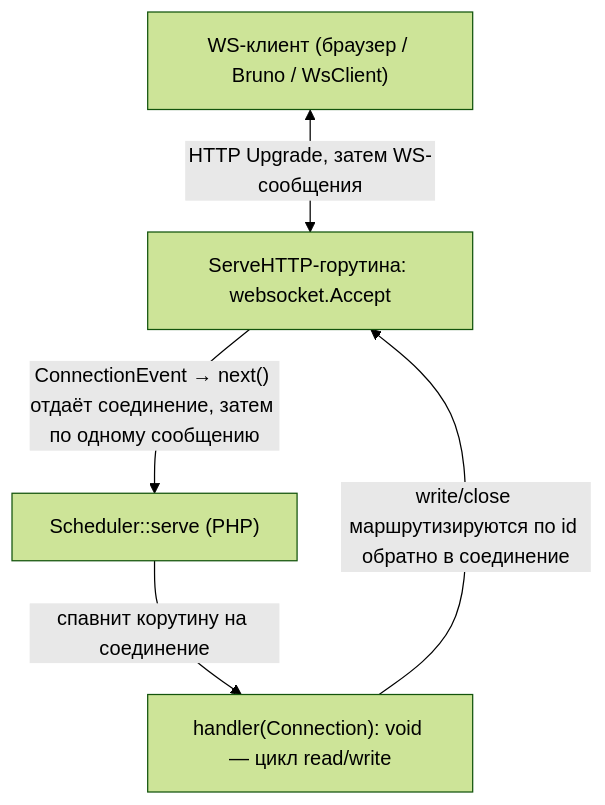
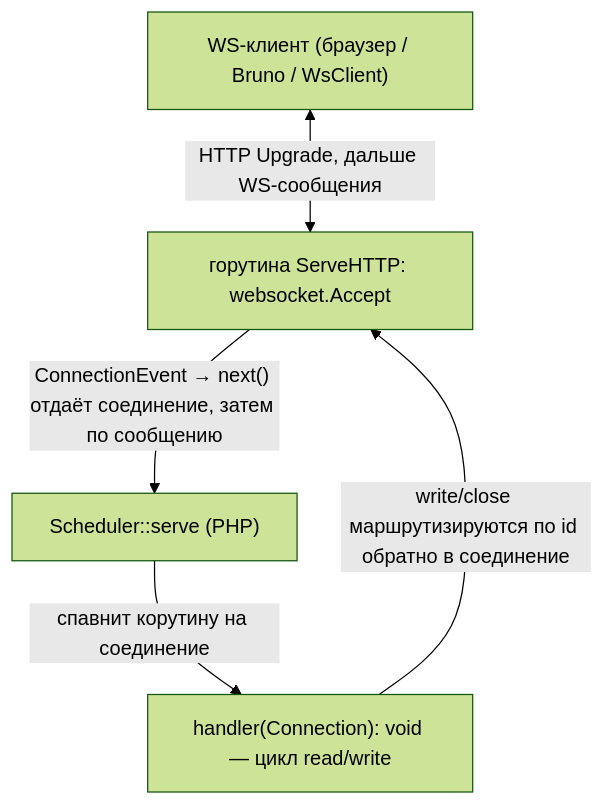
Before and after one commit to sprust/sconcur: the diagram in docs/websocket-server.ru.md, drawn with Mermaid (forest theme). The commit also changed other lines of this file and 42 other files, not shown here.

````diff
--- a/docs/websocket-server.ru.md
+++ b/docs/websocket-server.ru.md
@@ -38,12 +22,12 @@
 ```mermaid
 flowchart TB
     client["WS-клиент (браузер / Bruno / WsClient)"]
-    serve["ServeHTTP-горутина: websocket.Accept"]
+    serve["горутина ServeHTTP: websocket.Accept"]
     sched["Scheduler::serve (PHP)"]
     handler["handler(Connection): void — цикл read/write"]
 
-    client <-->|"HTTP Upgrade, затем WS-сообщения"| serve
-    serve -->|"ConnectionEvent → next() отдаёт соединение, затем по одному сообщению"| sched
+    client <-->|"HTTP Upgrade, дальше WS-сообщения"| serve
+    serve -->|"ConnectionEvent → next() отдаёт соединение, затем по сообщению"| sched
     sched -->|"спавнит корутину на соединение"| handler
     handler -->|"write/close маршрутизируются по id обратно в соединение"| serve
 ```
````
